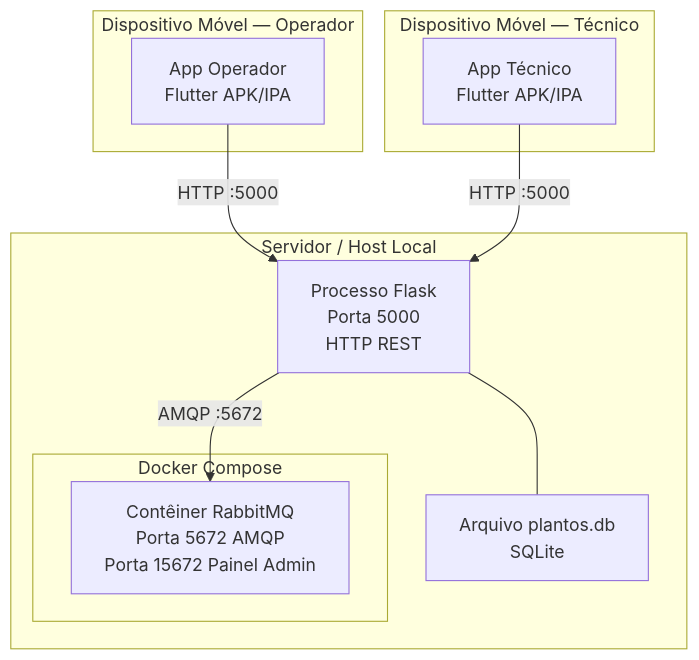
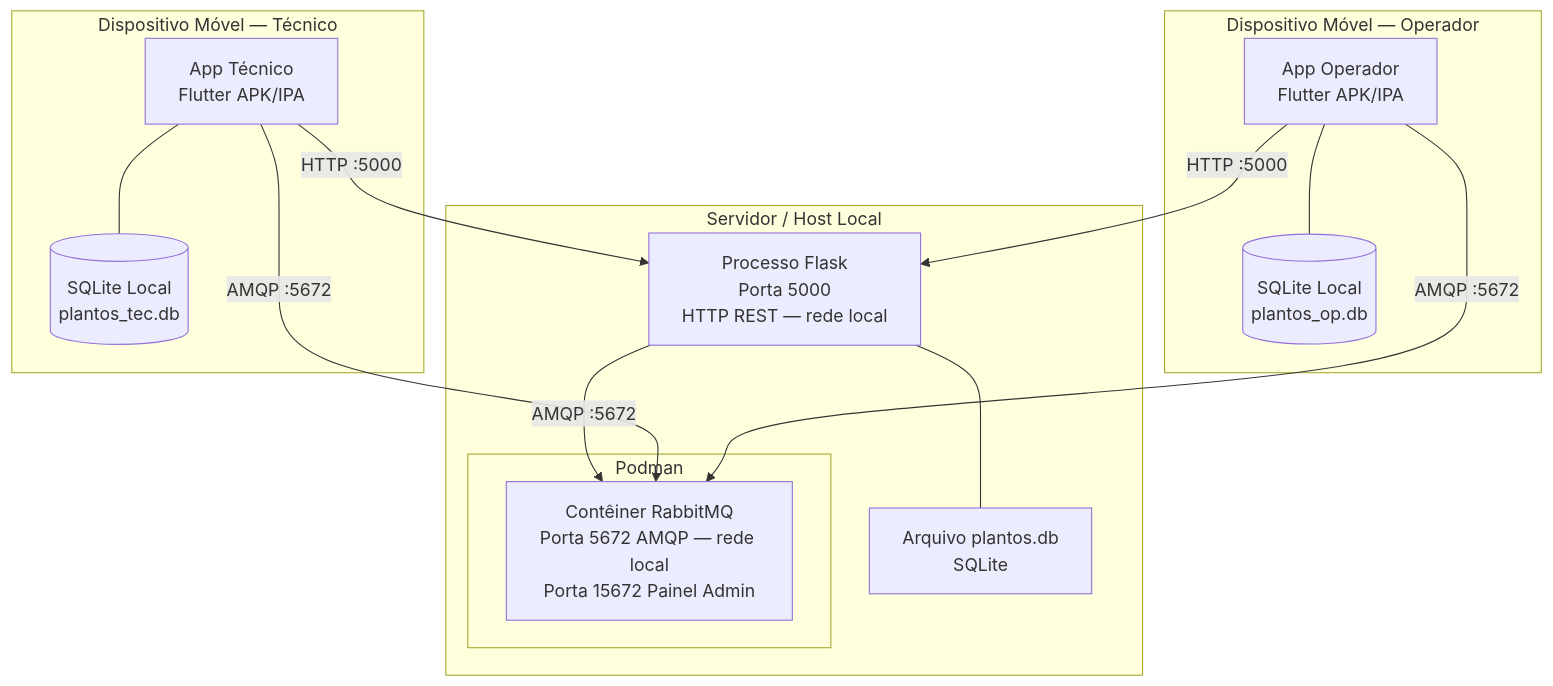
The fifth of 11 diagrams in docs/sprint1/arquitetura.md (art1544/PlantOS-LAMD), drawn with Mermaid before and after one commit. The commit also changed other lines of this file and 5 other files, not shown here.

First line of the commit message:
feat: enhance architecture documentation for PlantOS

````diff
--- a/docs/sprint1/arquitetura.md
+++ b/docs/sprint1/arquitetura.md
@@ -131,23 +185,29 @@
 ```mermaid
 graph TB
     subgraph "Dispositivo Móvel — Operador"
         A1[App Operador<br/>Flutter APK/IPA]
+        SQ1[(SQLite Local<br/>plantos_op.db)]
     end
 
     subgraph "Dispositivo Móvel — Técnico"
         A2[App Técnico<br/>Flutter APK/IPA]
+        SQ2[(SQLite Local<br/>plantos_tec.db)]
     end
 
     subgraph "Servidor / Host Local"
-        subgraph "Docker Compose"
-            RMQ[Contêiner RabbitMQ<br/>Porta 5672 AMQP<br/>Porta 15672 Painel Admin]
+        subgraph "Podman"
+            RMQ[Contêiner RabbitMQ<br/>Porta 5672 AMQP — rede local<br/>Porta 15672 Painel Admin]
         end
-        FLASK[Processo Flask<br/>Porta 5000<br/>HTTP REST]
+        FLASK[Processo Flask<br/>Porta 5000<br/>HTTP REST — rede local]
         SQLITE[Arquivo plantos.db<br/>SQLite]
     end
 
     A1 -->|HTTP :5000| FLASK
     A2 -->|HTTP :5000| FLASK
+    A1 -->|AMQP :5672| RMQ
+    A2 -->|AMQP :5672| RMQ
+    A1 --- SQ1
+    A2 --- SQ2
     FLASK -->|AMQP :5672| RMQ
     FLASK --- SQLITE
 ```
````
